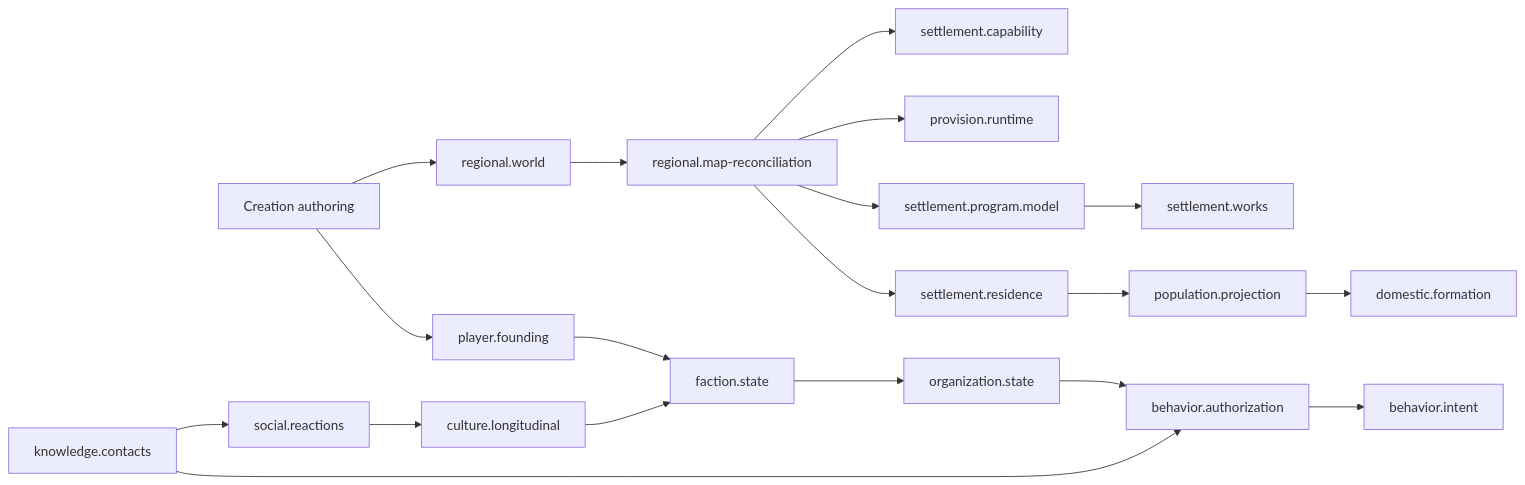
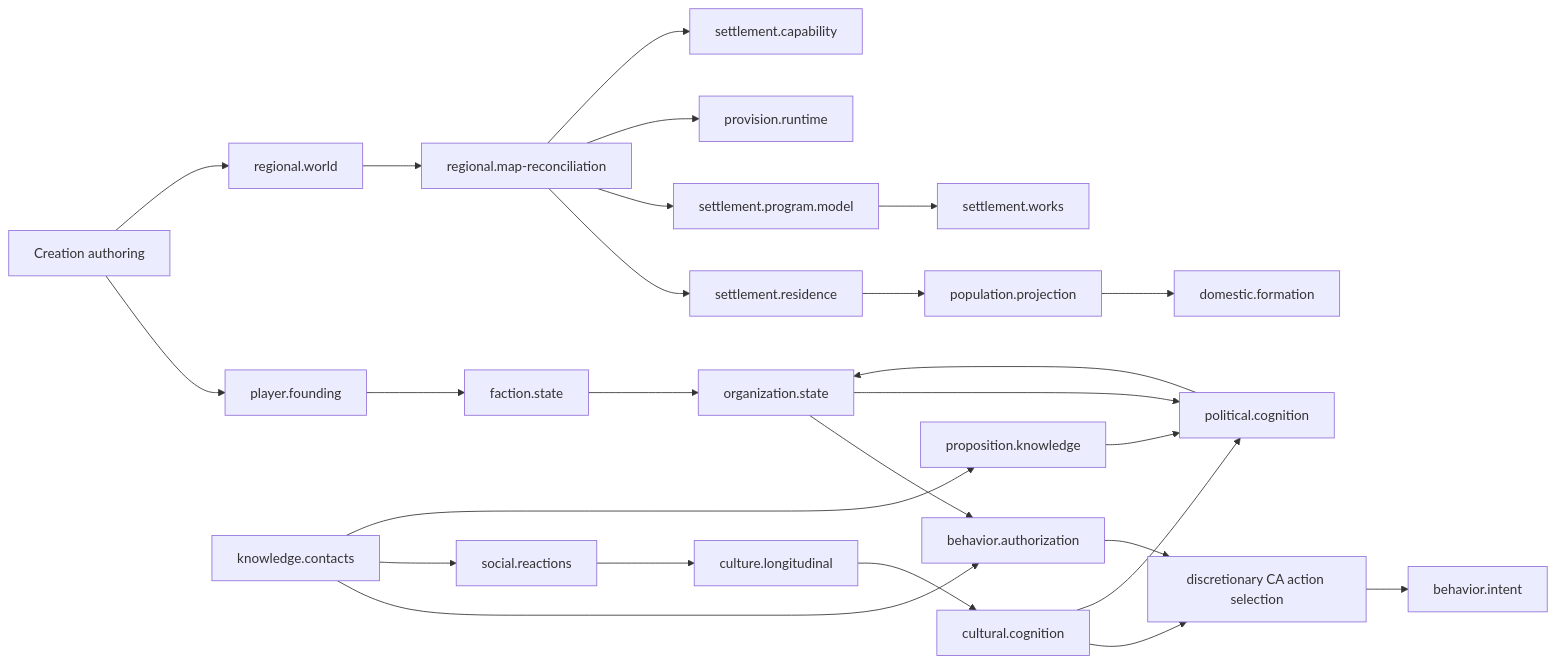
One commit to ellyj3rain/cao changed the first of 2 diagrams in MODULE_OWNERSHIP.md. Above: the diagram before and after it, drawn with Mermaid. The commit also changed other lines of this file and 33 other files, not shown here.

Commit message:
[B12] governance: ratify cultural cognition and political emergence

````diff
--- a/MODULE_OWNERSHIP.md
+++ b/MODULE_OWNERSHIP.md
@@ -132,21 +138,28 @@
 ```mermaid
 flowchart LR
   Authoring["Creation authoring"] --> Founding["player.founding"]
   Authoring --> Region["regional.world"]
   Founding --> Faction["faction.state"]
   Faction --> Org["organization.state"]
   Region --> Reconcile["regional.map-reconciliation"]
   Reconcile --> Residence["settlement.residence"]
   Residence --> Population["population.projection"]
   Population --> Domestic["domestic.formation"]
   Reconcile --> Programs["settlement.program.model"]
   Programs --> Works["settlement.works"]
   Reconcile --> Provision["provision.runtime"]
   Reconcile --> Capability["settlement.capability"]
   Knowledge["knowledge.contacts"] --> Gate["behavior.authorization"]
   Org --> Gate
-  Gate --> Intent["behavior.intent"]
+  Gate --> Selection["discretionary CA action selection"]
+  Selection --> Intent["behavior.intent"]
   Knowledge --> Reactions["social.reactions"]
   Reactions --> Culture["culture.longitudinal"]
-  Culture --> Faction
+  Culture --> Cognition["cultural.cognition"]
+  Cognition --> Selection
+  Knowledge --> Proposition["proposition.knowledge"]
+  Proposition --> Political["political.cognition"]
+  Cognition --> Political
+  Org --> Political
+  Political --> Org
 ```
````
